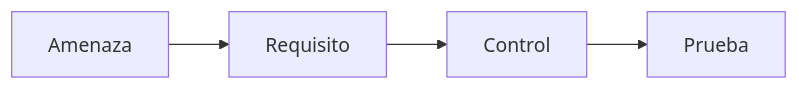
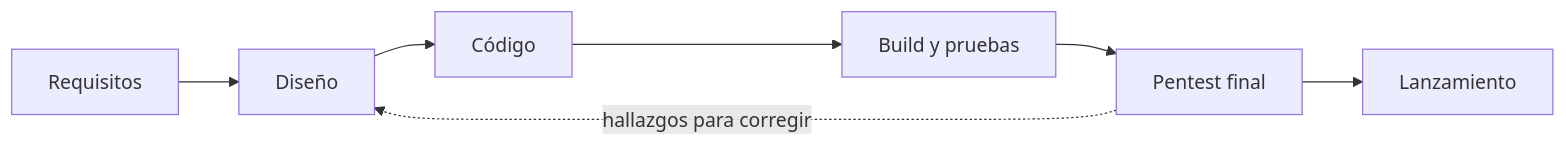
Before and after one commit to carlosmgc2003/slides-cuc-2026: the third of 7 diagrams in slides-clase-1.md, drawn with Mermaid. The commit also changed other lines of this file and 5 other files, not shown here.

````diff
--- a/slides-clase-1.md
+++ b/slides-clase-1.md
@@ -363,4 +221,5 @@
 ```mermaid
 flowchart LR
-  A[Amenaza] --> R[Requisito] --> C[Control] --> P[Prueba]
+  R[Requisitos] --> D[Diseño] --> C[Código] --> B[Build y pruebas] --> P[Pentest final] --> L[Lanzamiento]
+  P -.hallazgos para corregir.-> D
 ```
````
